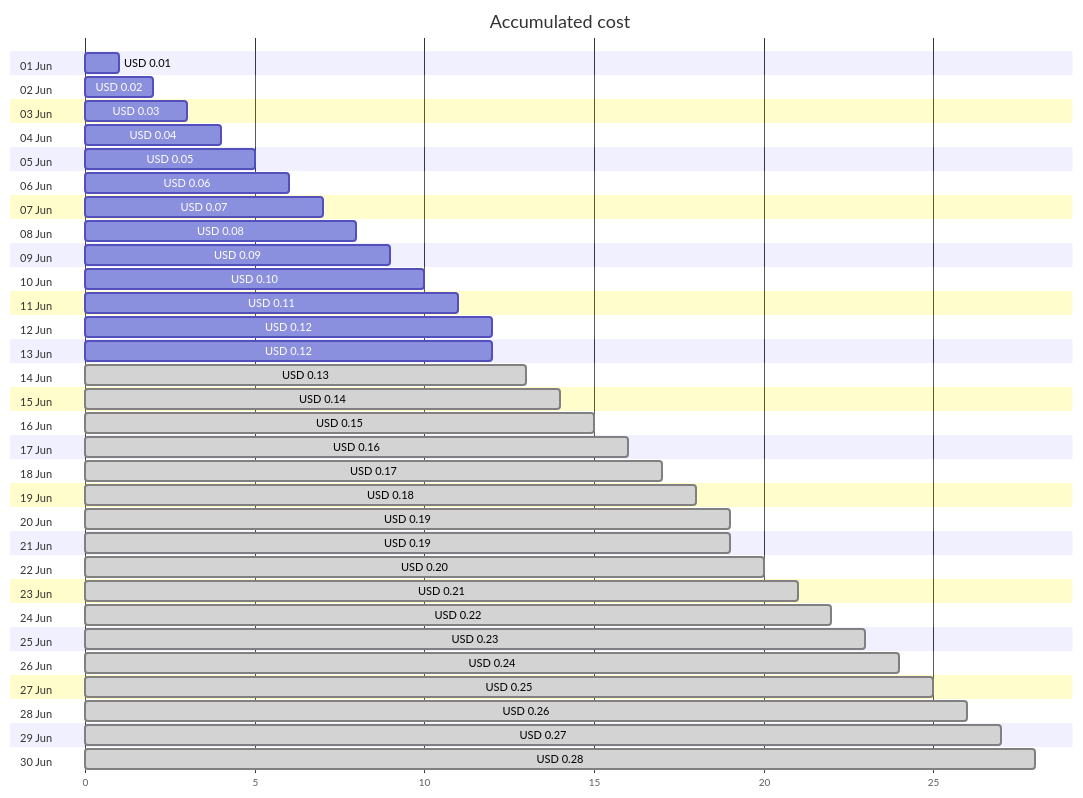
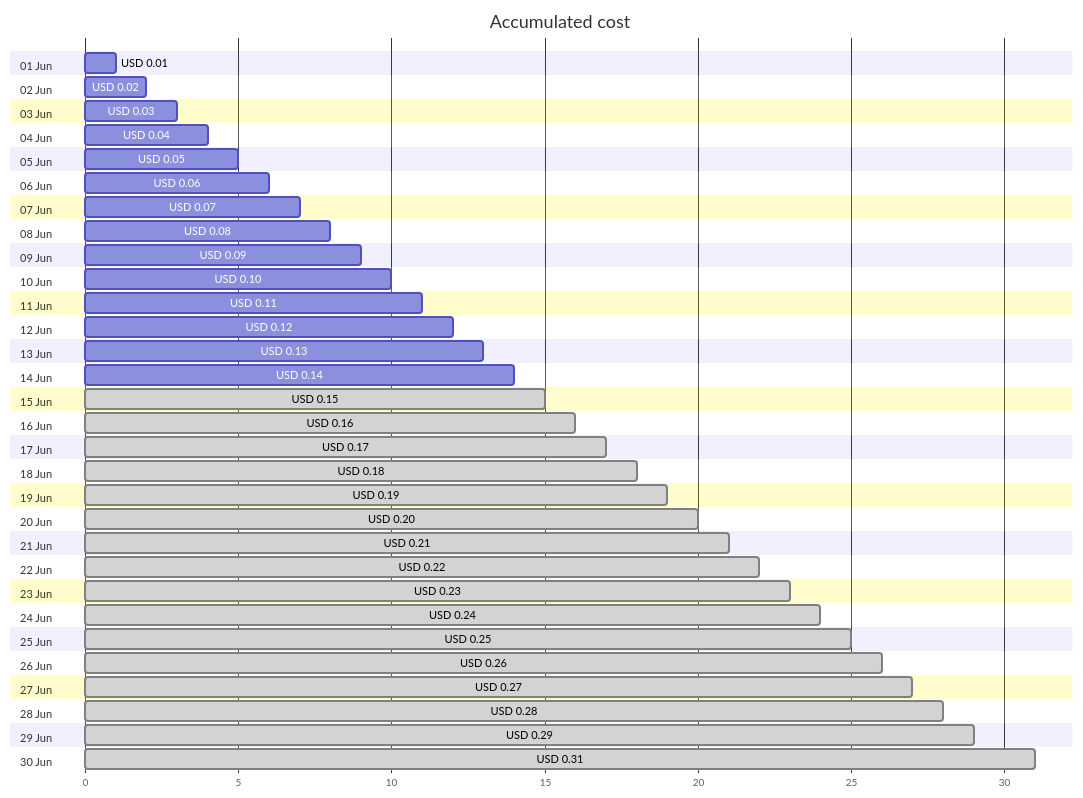
One commit to jpfulton/azure-personal-reports changed the first of 4 diagrams in cost-reports/cloud-shell-storage-eastus/README.md. Above: the diagram before and after it, drawn with Mermaid. The commit also changed other lines of this file and 1 other file, not shown here.

````diff
--- a/cost-reports/cloud-shell-storage-eastus/README.md
+++ b/cost-reports/cloud-shell-storage-eastus/README.md
@@ -20,66 +20,66 @@
 ```mermaid
 gantt
    title Accumulated cost
    dateFormat  X
    axisFormat %s
    section 01 Jun
    USD 0.01 :0, 1
    section 02 Jun
    USD 0.02 :0, 2
    section 03 Jun
    USD 0.03 :0, 3
    section 04 Jun
    USD 0.04 :0, 4
    section 05 Jun
    USD 0.05 :0, 5
    section 06 Jun
    USD 0.06 :0, 6
    section 07 Jun
    USD 0.07 :0, 7
    section 08 Jun
    USD 0.08 :0, 8
    section 09 Jun
    USD 0.09 :0, 9
    section 10 Jun
    USD 0.10 :0, 10
    section 11 Jun
    USD 0.11 :0, 11
    section 12 Jun
    USD 0.12 :0, 12
    section 13 Jun
-   USD 0.12 :0, 12
+   USD 0.13 :0, 13
    section 14 Jun
-   USD 0.13 : done, 0, 13
+   USD 0.14 :0, 14
    section 15 Jun
-   USD 0.14 : done, 0, 14
+   USD 0.15 : done, 0, 15
    section 16 Jun
-   USD 0.15 : done, 0, 15
+   USD 0.16 : done, 0, 16
    section 17 Jun
-   USD 0.16 : done, 0, 16
+   USD 0.17 : done, 0, 17
    section 18 Jun
-   USD 0.17 : done, 0, 17
+   USD 0.18 : done, 0, 18
    section 19 Jun
-   USD 0.18 : done, 0, 18
+   USD 0.19 : done, 0, 19
    section 20 Jun
-   USD 0.19 : done, 0, 19
+   USD 0.20 : done, 0, 20
    section 21 Jun
-   USD 0.19 : done, 0, 19
+   USD 0.21 : done, 0, 21
    section 22 Jun
-   USD 0.20 : done, 0, 20
+   USD 0.22 : done, 0, 22
    section 23 Jun
-   USD 0.21 : done, 0, 21
+   USD 0.23 : done, 0, 23
    section 24 Jun
-   USD 0.22 : done, 0, 22
+   USD 0.24 : done, 0, 24
    section 25 Jun
-   USD 0.23 : done, 0, 23
+   USD 0.25 : done, 0, 25
    section 26 Jun
-   USD 0.24 : done, 0, 24
+   USD 0.26 : done, 0, 26
    section 27 Jun
-   USD 0.25 : done, 0, 25
+   USD 0.27 : done, 0, 27
    section 28 Jun
-   USD 0.26 : done, 0, 26
+   USD 0.28 : done, 0, 28
    section 29 Jun
-   USD 0.27 : done, 0, 27
+   USD 0.29 : done, 0, 29
    section 30 Jun
-   USD 0.28 : done, 0, 28
+   USD 0.31 : done, 0, 31
 ```
````
